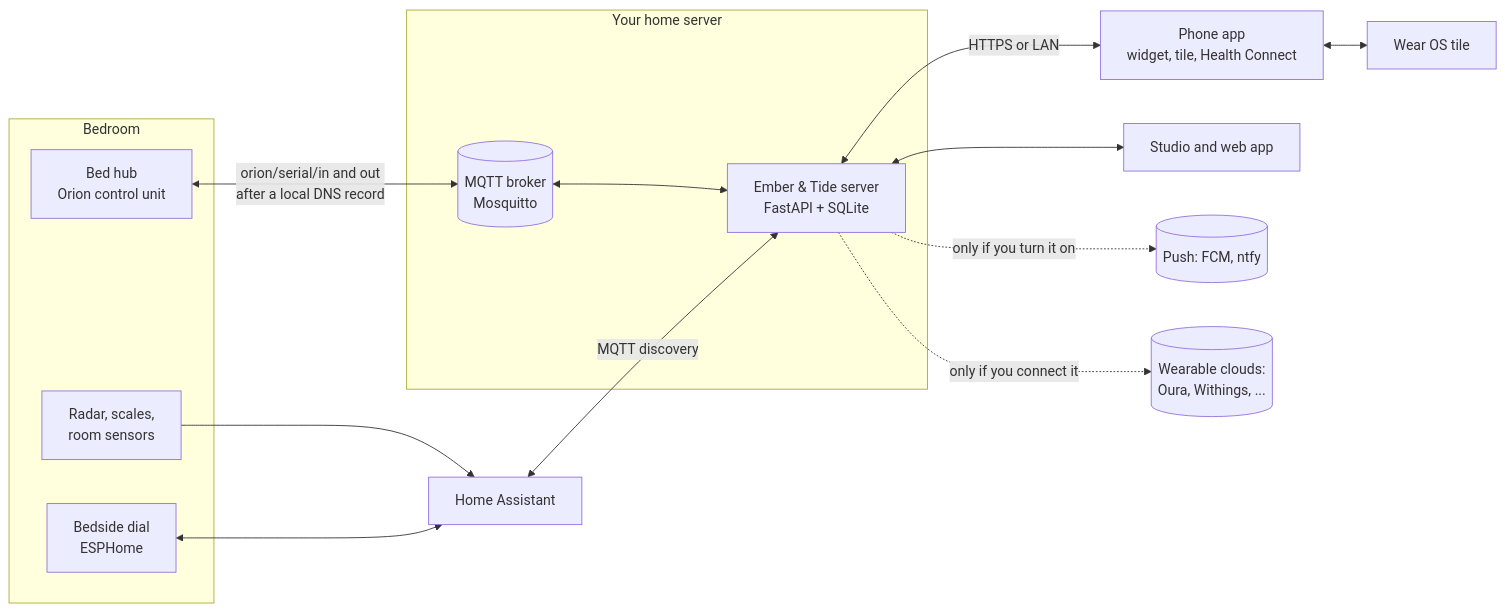
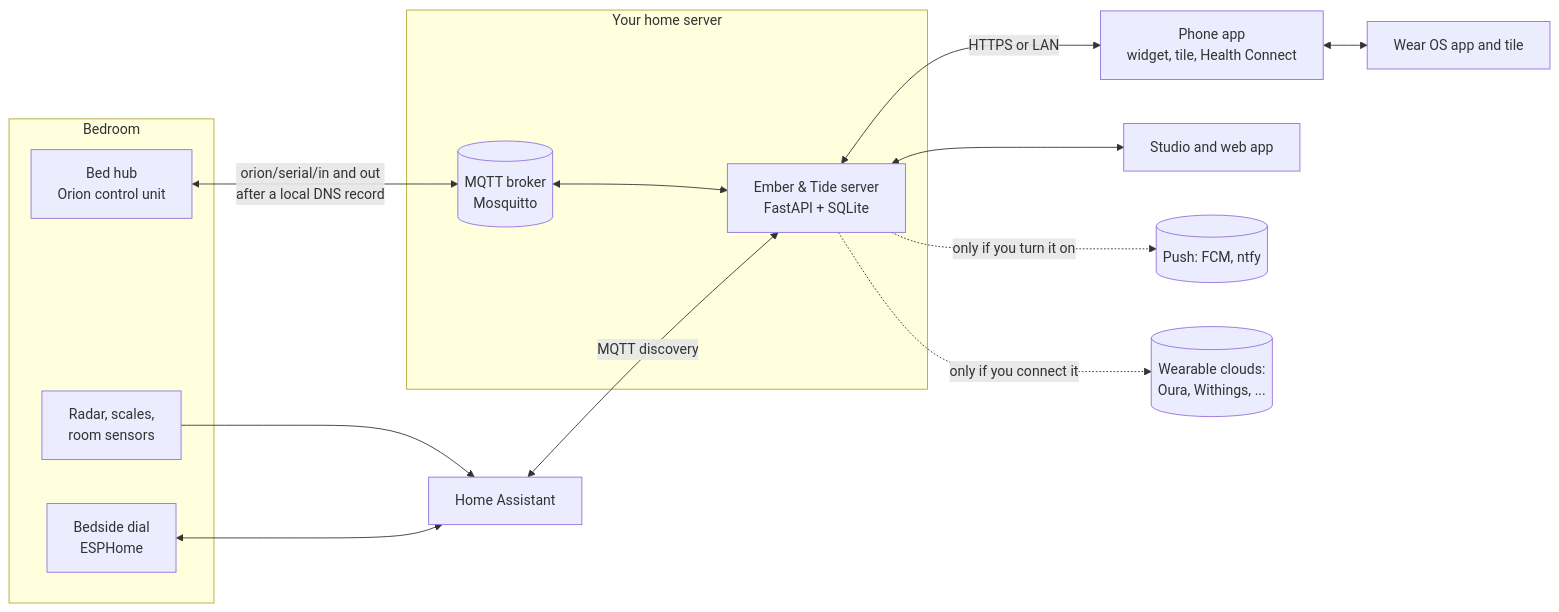
One commit to ncbudd/ember-tide changed the diagram in README.md. Above: the diagram before and after it, drawn with Mermaid. The commit also changed other lines of this file and 15 other files, not shown here.

Commit message:
Wear OS app screen with bed controls; release build fixes (Dockerfile labels, Node 22)

````diff
--- a/README.md
+++ b/README.md
@@ -95,22 +95,22 @@
 ```mermaid
 flowchart LR
   subgraph bed[Bedroom]
     hub[Bed hub<br/>Orion control unit]
     radar[Radar, scales,<br/>room sensors]
     dial[Bedside dial<br/>ESPHome]
   end
   subgraph home[Your home server]
     broker[(MQTT broker<br/>Mosquitto)]
     srv[Ember & Tide server<br/>FastAPI + SQLite]
   end
   hub <-->|"orion/serial/in and out<br/>after a local DNS record"| broker
   broker <--> srv
   radar --> ha[Home Assistant]
   ha <-->|MQTT discovery| srv
   dial <--> ha
   srv <-->|HTTPS or LAN| phone[Phone app<br/>widget, tile, Health Connect]
   srv <--> studio[Studio and web app]
-  phone <--> watch[Wear OS tile]
+  phone <--> watch[Wear OS app and tile]
   srv -.->|"only if you turn it on"| push[(Push: FCM, ntfy)]
   srv -.->|"only if you connect it"| cloud[(Wearable clouds:<br/>Oura, Withings, ...)]
 ```
````
